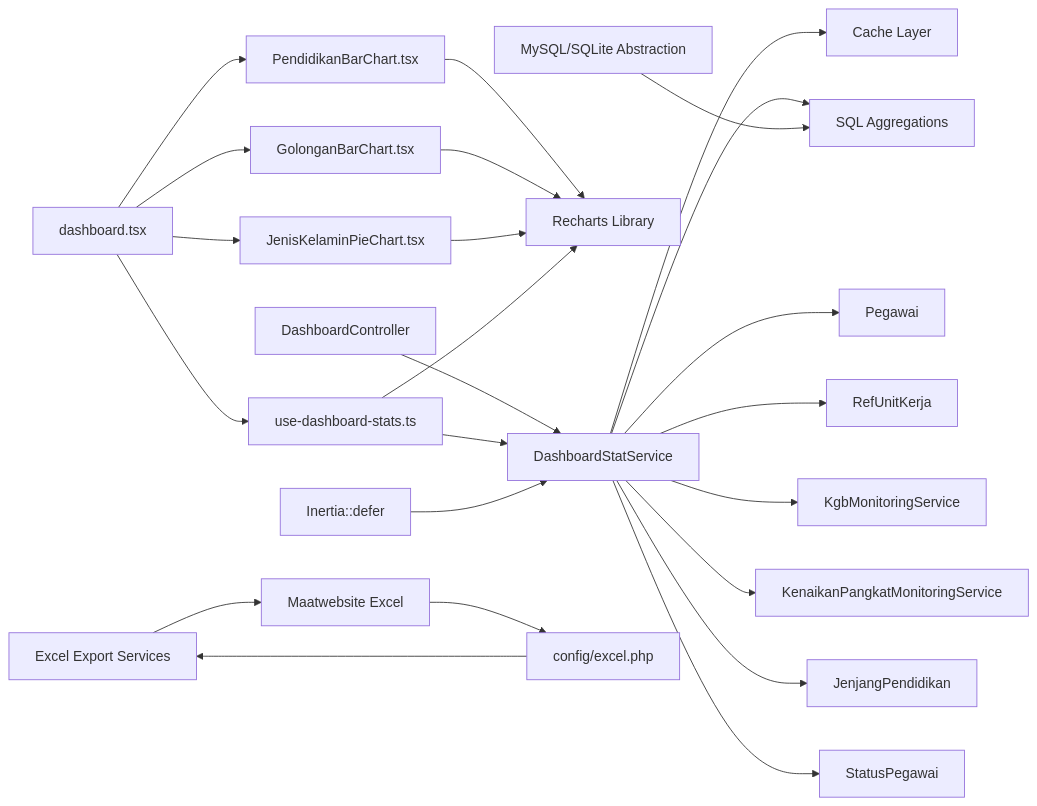
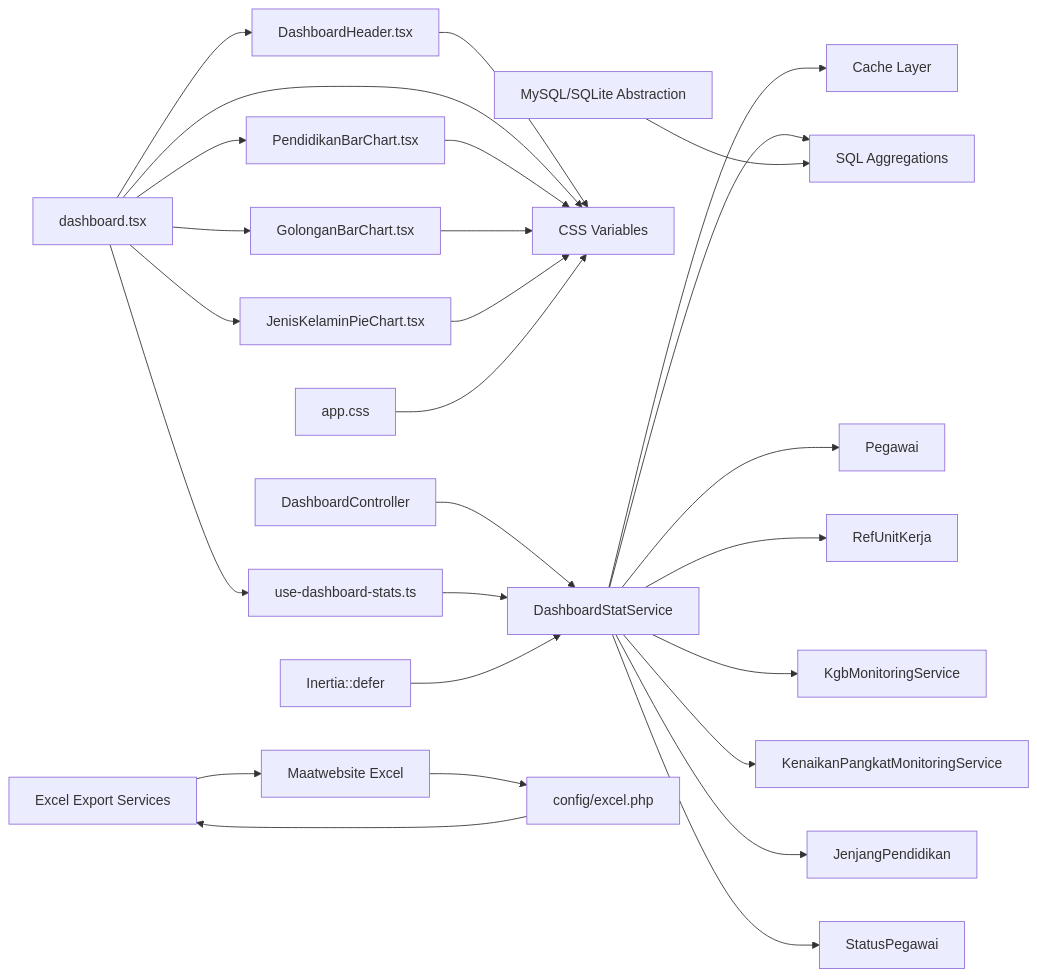
The fifth of 5 diagrams in .qoder/repowiki/en/content/Monitoring and Analytics System/Dashboard Analytics and Statistics.md (PA-Penajam/kepegawaian_apps), drawn with Mermaid before and after one commit. The commit also changed other lines of this file and 13 other files, not shown here.

````diff
--- a/.qoder/repowiki/en/content/Monitoring and Analytics System/Dashboard Analytics and Statistics.md
+++ b/.qoder/repowiki/en/content/Monitoring and Analytics System/Dashboard Analytics and Statistics.md
@@ -542,26 +611,29 @@
 ```mermaid
 graph LR
 DSS["DashboardStatService"] --> CACHE["Cache Layer"]
 DSS --> SQL["SQL Aggregations"]
 DSS --> PM["Pegawai"]
 DSS --> RK["RefUnitKerja"]
 DSS --> KGB["KgbMonitoringService"]
 DSS --> KP["KenaikanPangkatMonitoringService"]
 DSS --> JP["JenjangPendidikan"]
 DSS --> SP["StatusPegawai"]
 DC["DashboardController"] --> DSS
-Page["dashboard.tsx"] --> Hook["use-dashboard-stats.ts"]
-Hook --> DSS
+Page["dashboard.tsx"] --> Header["DashboardHeader.tsx"]
+Page --> Hook["use-dashboard-stats.ts"]
 Page --> PendidikanChart["PendidikanBarChart.tsx"]
 Page --> GolonganChart["GolonganBarChart.tsx"]
 Page --> GenderChart["JenisKelaminPieChart.tsx"]
-PendidikanChart --> Recharts["Recharts Library"]
-GolonganChart --> Recharts
-GenderChart --> Recharts
-Hook --> Recharts
+Header --> Theme["CSS Variables"]
+Page --> Theme
+PendidikanChart --> Theme
+GolonganChart --> Theme
+GenderChart --> Theme
+CSS["app.css"] --> Theme
+Hook --> DSS
 Deferred["Inertia::defer"] --> DSS
 DBAbstraction["MySQL/SQLite Abstraction"] --> SQL
 ExcelExport["Excel Export Services"] --> ExcelPackage["Maatwebsite Excel"]
 ExcelConfig["config/excel.php"] --> ExcelExport
 ExcelPackage --> ExcelConfig
 ```
````
